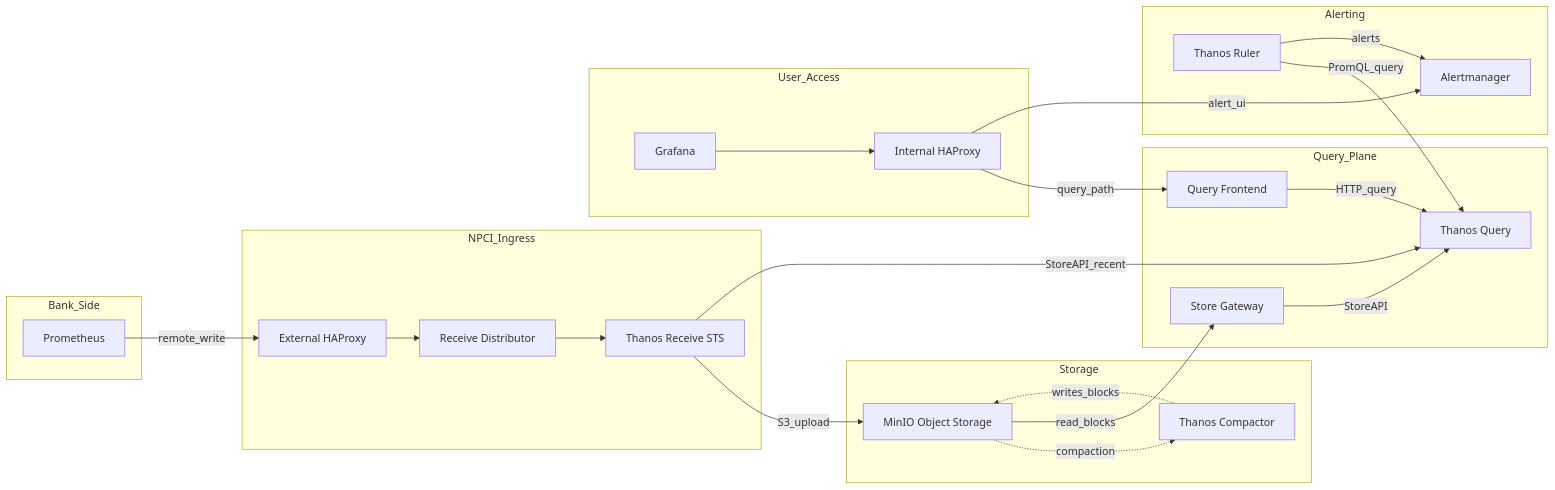
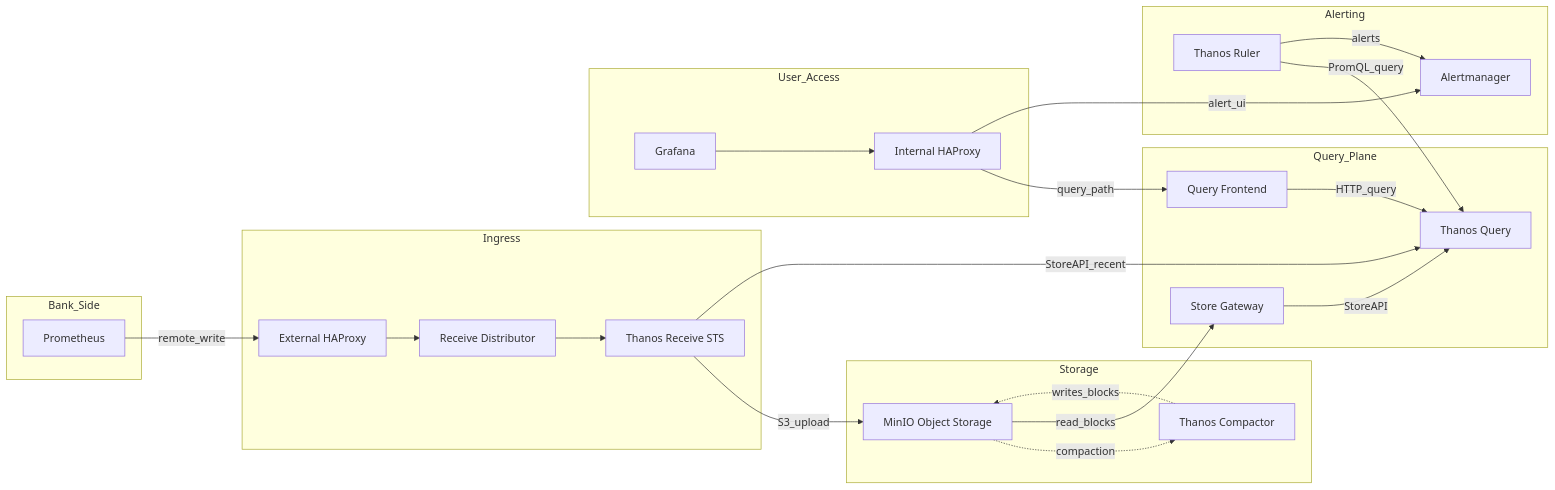
One commit to rsingh0101/cas changed the diagram in docs/architecture.md. Above: the diagram before and after it, drawn with Mermaid.

Commit message:
Rename NPCI_Ingress to Ingress in architecture.md

````diff
--- a/docs/architecture.md
+++ b/docs/architecture.md
@@ -1,69 +1,69 @@
 ```mermaid
 flowchart LR
 
 %% =========================
 %% BANK / INGESTION
 %% =========================
 subgraph Bank_Side
     Prom[Prometheus]
 end
 
-subgraph NPCI_Ingress
+subgraph Ingress
     ExtProxy[External HAProxy]
     Distributor[Receive Distributor]
     Receive[Thanos Receive STS]
 end
 
 Prom -->|remote_write| ExtProxy
 ExtProxy --> Distributor
 Distributor --> Receive
 
 %% =========================
 %% STORAGE
 %% =========================
 subgraph Storage
     MinIO[MinIO Object Storage]
     Compactor[Thanos Compactor]
 end
 
 Receive -->|S3_upload| MinIO
 MinIO -.->|compaction| Compactor
 Compactor -.->|writes_blocks| MinIO
 
 %% =========================
 %% QUERY
 %% =========================
 subgraph Query_Plane
     Store[Store Gateway]
     QueryFrontend[Query Frontend]
     Query[Thanos Query]
 end
 
 MinIO -->|read_blocks| Store
 Store -->|StoreAPI| Query
 Receive -->|StoreAPI_recent| Query
 QueryFrontend -->|HTTP_query| Query
 
 %% =========================
 %% ALERTING
 %% =========================
 subgraph Alerting
     Ruler[Thanos Ruler]
     Alertmanager[Alertmanager]
 end
 
 Ruler -->|PromQL_query| Query
 Ruler -->|alerts| Alertmanager
 
 %% =========================
 %% USER ACCESS
 %% =========================
 subgraph User_Access
     Grafana[Grafana]
     IntProxy[Internal HAProxy]
 end
 
 Grafana --> IntProxy
 IntProxy -->|query_path| QueryFrontend
 IntProxy -->|alert_ui| Alertmanager
 ```
````
